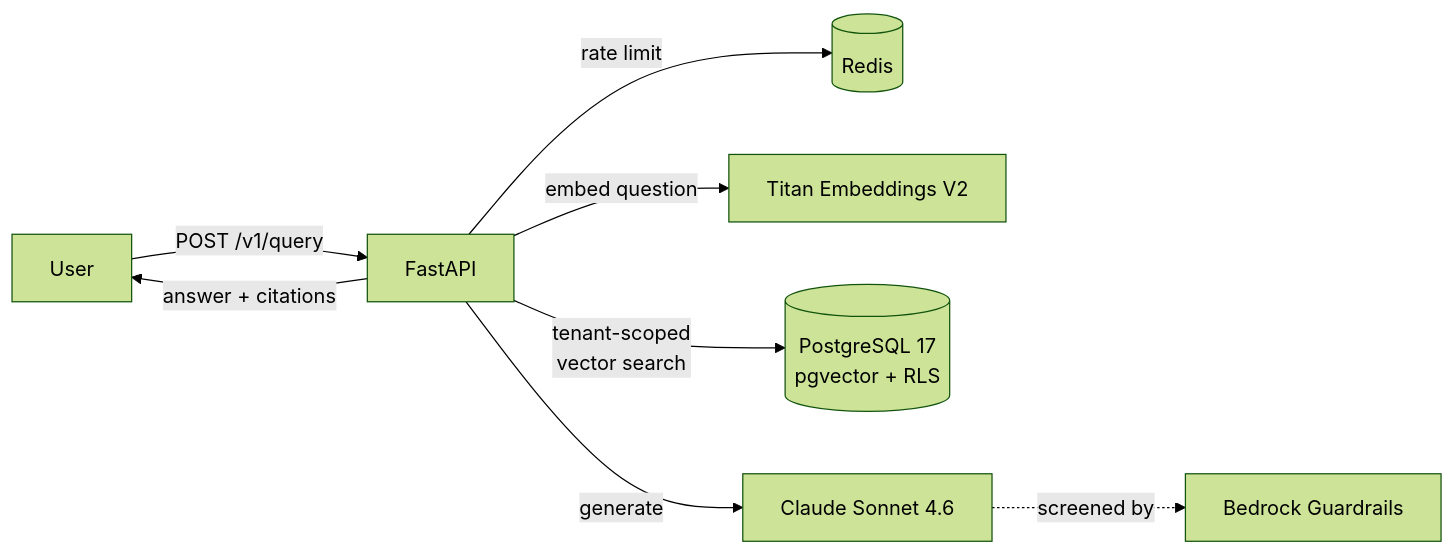
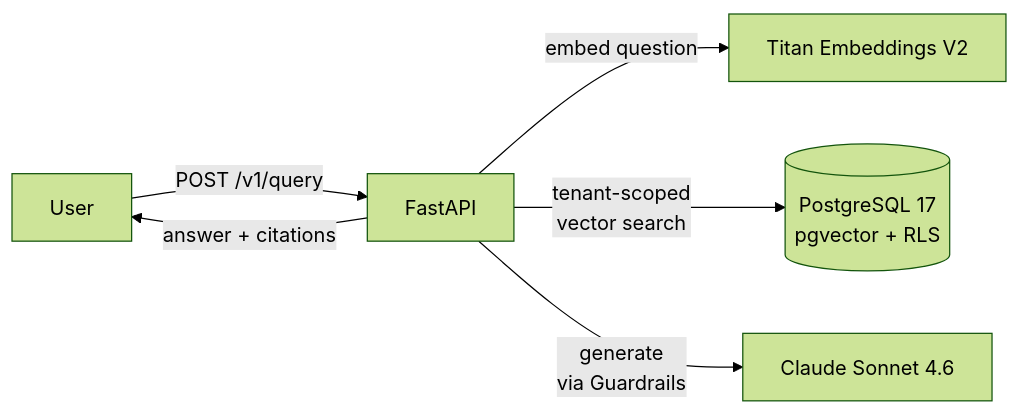
The second of 2 diagrams in README.md (FaroukRouatbi/documind-ai), drawn with Mermaid (forest theme) before and after one commit. The commit also changed other lines of this file, not shown here.

Commit message:
docs: correct ingestion and query flow diagrams

````diff
--- a/README.md
+++ b/README.md
@@ -42,10 +44,8 @@
 ```mermaid
 flowchart LR
     U[User] -->|POST /v1/query| API[FastAPI]
-    API -->|rate limit| REDIS[(Redis)]
     API -->|embed question| TITAN[Titan Embeddings V2]
     API -->|tenant-scoped<br/>vector search| RDS[(PostgreSQL 17<br/>pgvector + RLS)]
-    API -->|generate| CLAUDE[Claude Sonnet 4.6]
-    CLAUDE -.->|screened by| GUARD[Bedrock Guardrails]
+    API -->|generate<br/>via Guardrails| CLAUDE[Claude Sonnet 4.6]
     API -->|answer + citations| U
 ```
````
